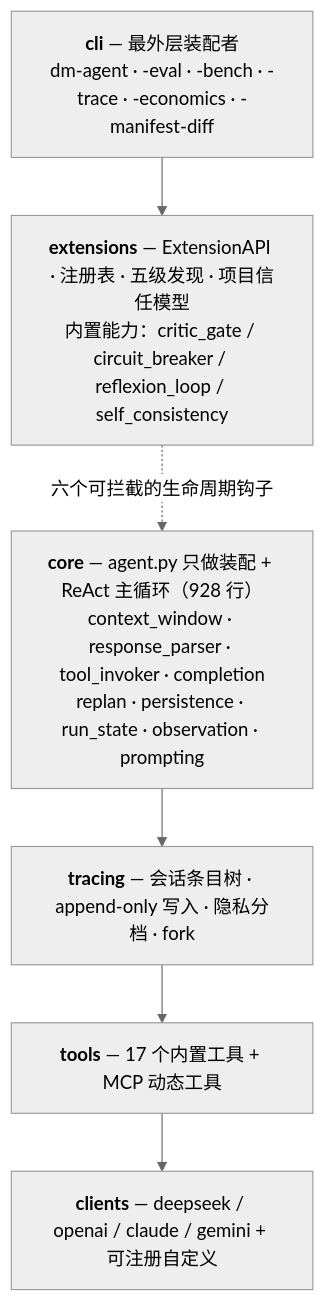
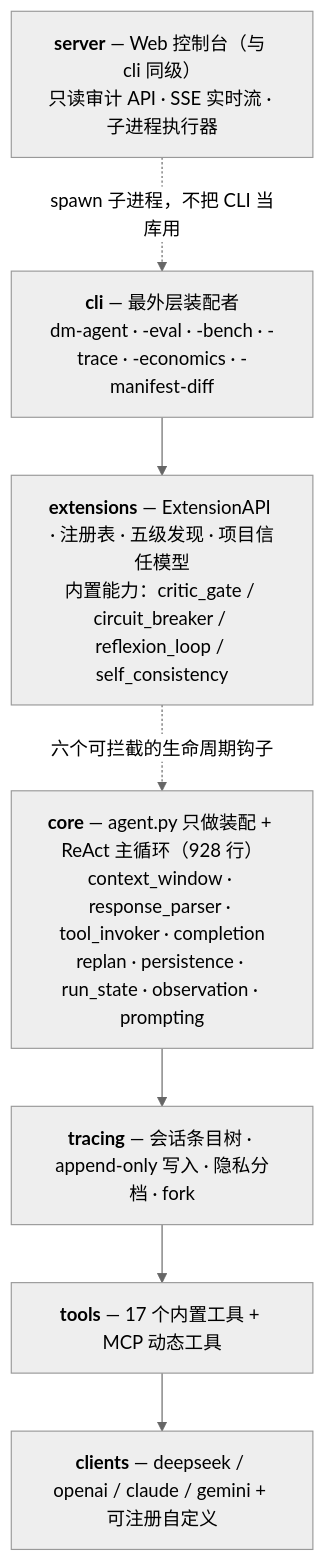
The diagram in README.md (hwfengcs/DM-Code-Agent), drawn with Mermaid (neutral theme) before and after one commit. The commit also changed other lines of this file and 6 other files, not shown here.

````diff
--- a/README.md
+++ b/README.md
@@ -177,13 +186,15 @@
 ```mermaid
 flowchart TD
+    WEB["<b>server</b> — Web 控制台（与 cli 同级）<br/>只读审计 API · SSE 实时流 · 子进程执行器"]
     CLI["<b>cli</b> — 最外层装配者<br/>dm-agent · -eval · -bench · -trace · -economics · -manifest-diff"]
     EXT["<b>extensions</b> — ExtensionAPI · 注册表 · 五级发现 · 项目信任模型<br/>内置能力：critic_gate / circuit_breaker / reflexion_loop / self_consistency"]
     CORE["<b>core</b> — agent.py 只做装配 + ReAct 主循环（928 行）<br/>context_window · response_parser · tool_invoker · completion<br/>replan · persistence · run_state · observation · prompting"]
     TRACING["<b>tracing</b> — 会话条目树 · append-only 写入 · 隐私分档 · fork"]
     TOOLS["<b>tools</b> — 17 个内置工具 + MCP 动态工具"]
     CLIENTS["<b>clients</b> — deepseek / openai / claude / gemini + 可注册自定义"]
 
+    WEB -. "spawn 子进程，不把 CLI 当库用" .-> CLI
     CLI --> EXT
     EXT -. "六个可拦截的生命周期钩子" .-> CORE
     CORE --> TRACING --> TOOLS --> CLIENTS
 ```
````
